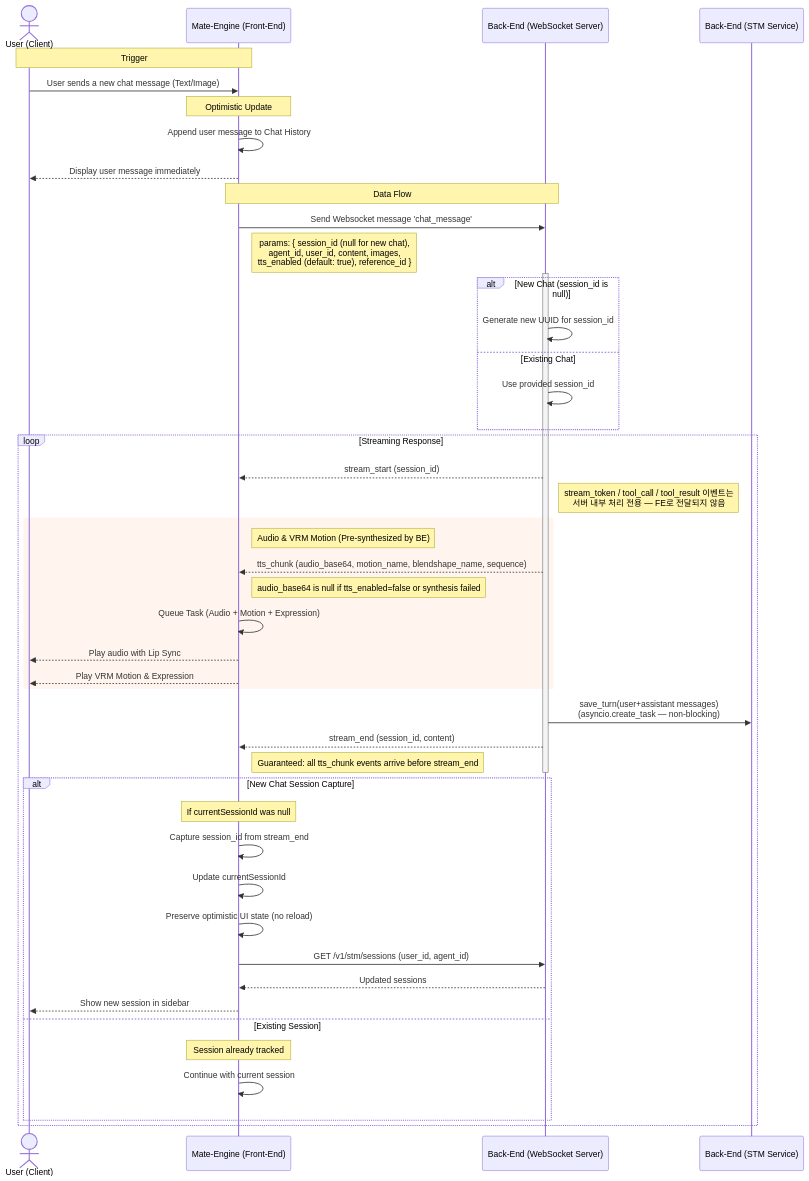
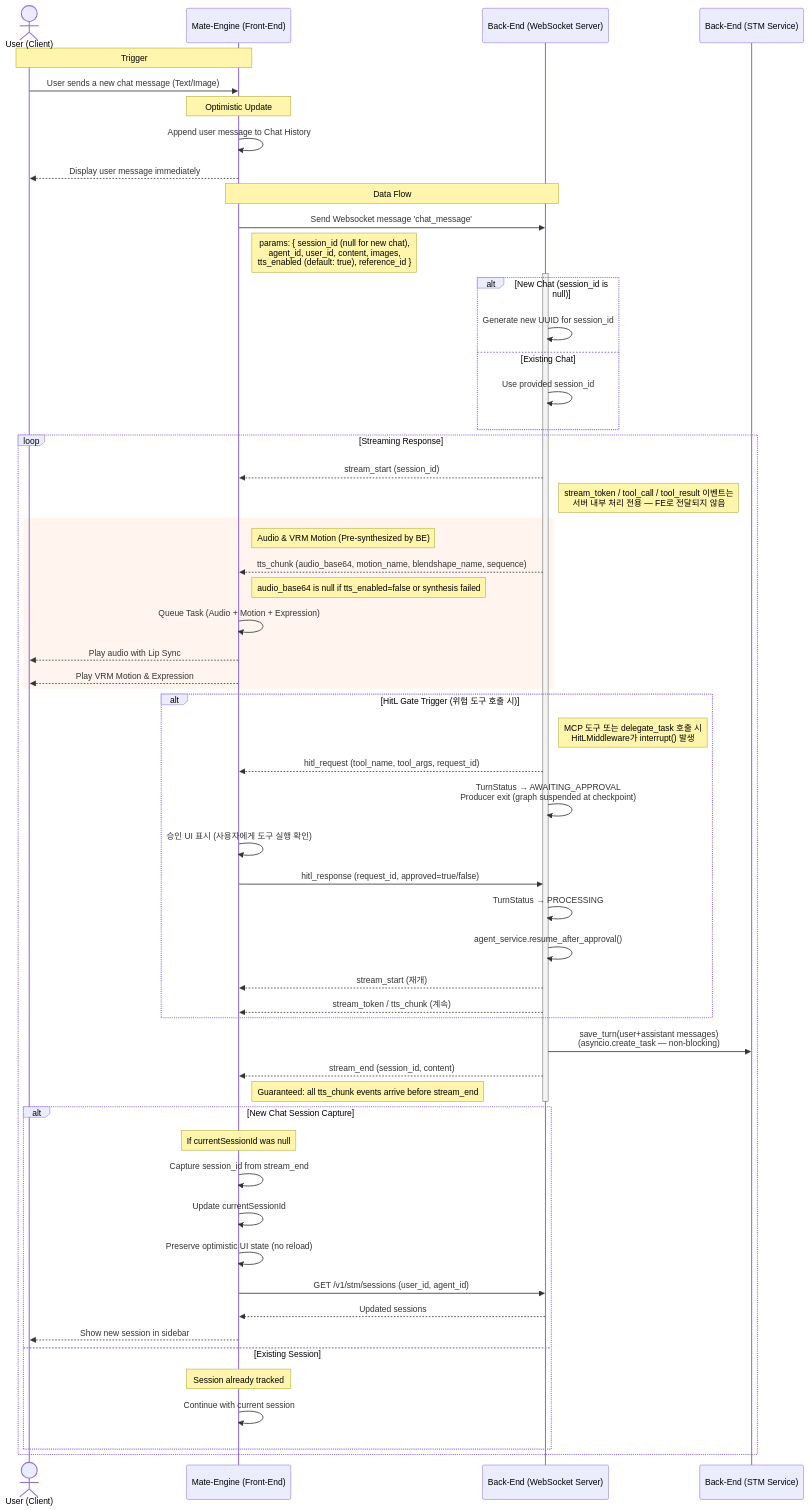
Before and after one commit to yw0nam/DesktopMatePlus: the diagram in docs/data_flow/chat/ADD_CHAT_MESSAGE.md, drawn with Mermaid. The commit also changed other lines of this file and 7 other files, not shown here.

First line of the commit message:
docs: update data_flow docs — HitL gate, proactive talking, KI-23 emoji strip

````diff
--- a/docs/data_flow/chat/ADD_CHAT_MESSAGE.md
+++ b/docs/data_flow/chat/ADD_CHAT_MESSAGE.md
@@ -20,58 +20,70 @@
 ```mermaid
 sequenceDiagram
     actor User as User (Client)
     participant FE as Mate-Engine (Front-End)
     participant BE as Back-End (WebSocket Server)
     participant STM as Back-End (STM Service)
 
     Note over User, FE: Trigger
     User->>FE: User sends a new chat message (Text/Image)
 
     Note over FE: Optimistic Update
     FE->>FE: Append user message to Chat History
     FE-->>User: Display user message immediately
 
     Note over FE, BE: Data Flow
     FE->>BE: Send Websocket message 'chat_message'
     Note right of FE: params: { session_id (null for new chat),<br/>agent_id, user_id, content, images,<br/>tts_enabled (default: true), reference_id }
 
     activate BE
 
     alt New Chat (session_id is null)
         BE->>BE: Generate new UUID for session_id
     else Existing Chat
         BE->>BE: Use provided session_id
     end
 
     loop Streaming Response
         BE-->>FE: stream_start (session_id)
 
         Note right of BE: stream_token / tool_call / tool_result 이벤트는<br/>서버 내부 처리 전용 — FE로 전달되지 않음
         rect rgb(255, 245, 238)
             note right of FE: Audio & VRM Motion (Pre-synthesized by BE)
             BE-->>FE: tts_chunk (audio_base64, motion_name, blendshape_name, sequence)
             Note right of FE: audio_base64 is null if tts_enabled=false or synthesis failed
             FE->>FE: Queue Task (Audio + Motion + Expression)
             FE-->>User: Play audio with Lip Sync
             FE-->>User: Play VRM Motion & Expression
         end
 
+        alt HitL Gate Trigger (위험 도구 호출 시)
+            Note right of BE: MCP 도구 또는 delegate_task 호출 시<br/>HitLMiddleware가 interrupt() 발생
+            BE-->>FE: hitl_request (tool_name, tool_args, request_id)
+            BE->>BE: TurnStatus → AWAITING_APPROVAL<br/>Producer exit (graph suspended at checkpoint)
+            FE->>FE: 승인 UI 표시 (사용자에게 도구 실행 확인)
+            FE->>BE: hitl_response (request_id, approved=true/false)
+            BE->>BE: TurnStatus → PROCESSING
+            BE->>BE: agent_service.resume_after_approval()
+            BE-->>FE: stream_start (재개)
+            BE-->>FE: stream_token / tts_chunk (계속)
+        end
+
         BE->>STM: save_turn(user+assistant messages)<br/>(asyncio.create_task — non-blocking)
         BE-->>FE: stream_end (session_id, content)
         Note right of FE: Guaranteed: all tts_chunk events arrive before stream_end
         deactivate BE
 
         alt New Chat Session Capture
             Note over FE: If currentSessionId was null
             FE->>FE: Capture session_id from stream_end
             FE->>FE: Update currentSessionId
             FE->>FE: Preserve optimistic UI state (no reload)
             FE->>BE: GET /v1/stm/sessions (user_id, agent_id)
             BE-->>FE: Updated sessions
             FE-->>User: Show new session in sidebar
         else Existing Session
             Note over FE: Session already tracked
             FE->>FE: Continue with current session
         end
     end
 ```
````
